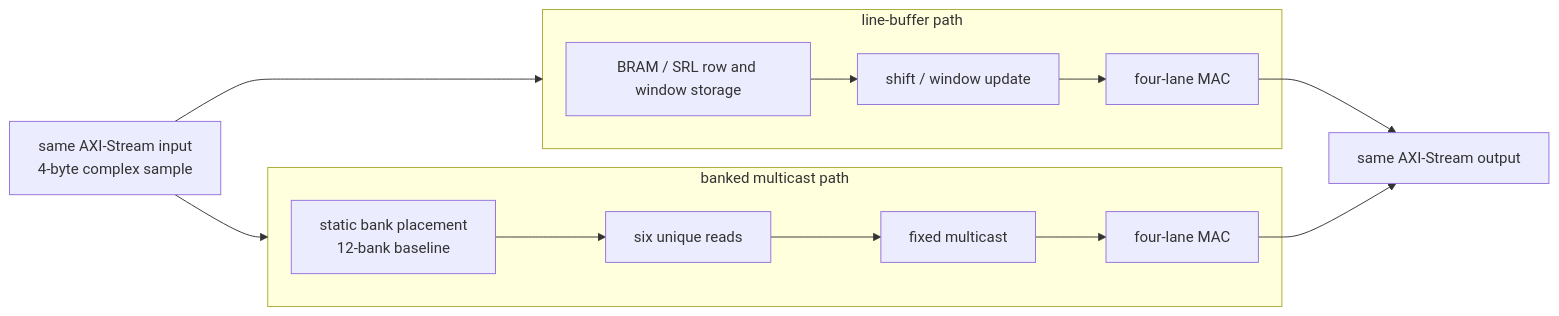
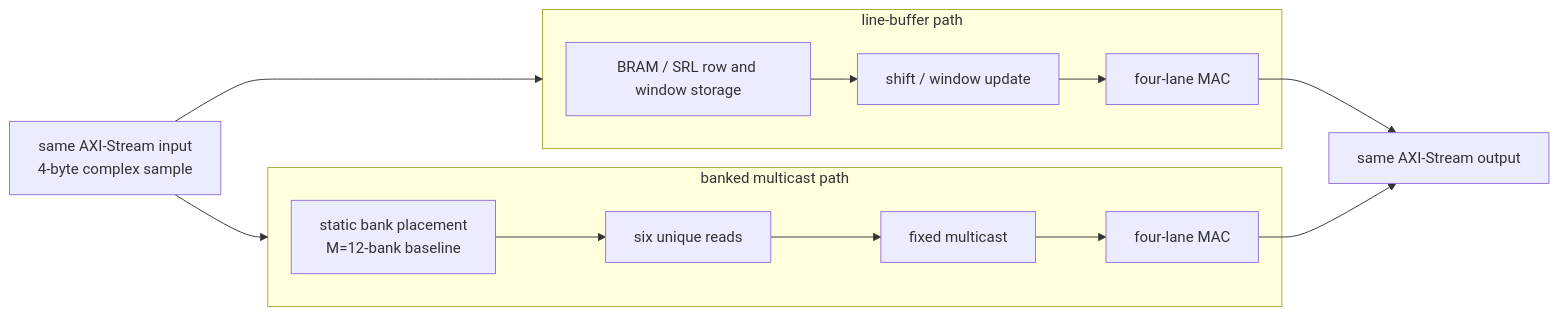
One commit to HN19781124/banked-stencil-multicast changed the diagram in docs/concepts/fpga-linebuffer-comparison.en.md. Above: the diagram before and after it, drawn with Mermaid. The commit also changed other lines of this file and 36 other files, not shown here.

```diff
--- a/docs/concepts/fpga-linebuffer-comparison.en.md
+++ b/docs/concepts/fpga-linebuffer-comparison.en.md
@@ -12,20 +13,20 @@
 ~~~mermaid
 flowchart LR
     IN["same AXI-Stream input<br/>4-byte complex sample"] --> LB
     IN --> BM
     subgraph LB["line-buffer path"]
         LB0["BRAM / SRL row and window storage"]
         LB1["shift / window update"]
         LB2["four-lane MAC"]
         LB0 --> LB1 --> LB2
     end
     subgraph BM["banked multicast path"]
-        BM0["static bank placement<br/>12-bank baseline"]
+        BM0["static bank placement<br/>M=12-bank baseline"]
         BM1["six unique reads"]
         BM2["fixed multicast"]
         BM3["four-lane MAC"]
         BM0 --> BM1 --> BM2 --> BM3
     end
     LB2 --> OUT["same AXI-Stream output"]
     BM3 --> OUT
 ~~~
```
